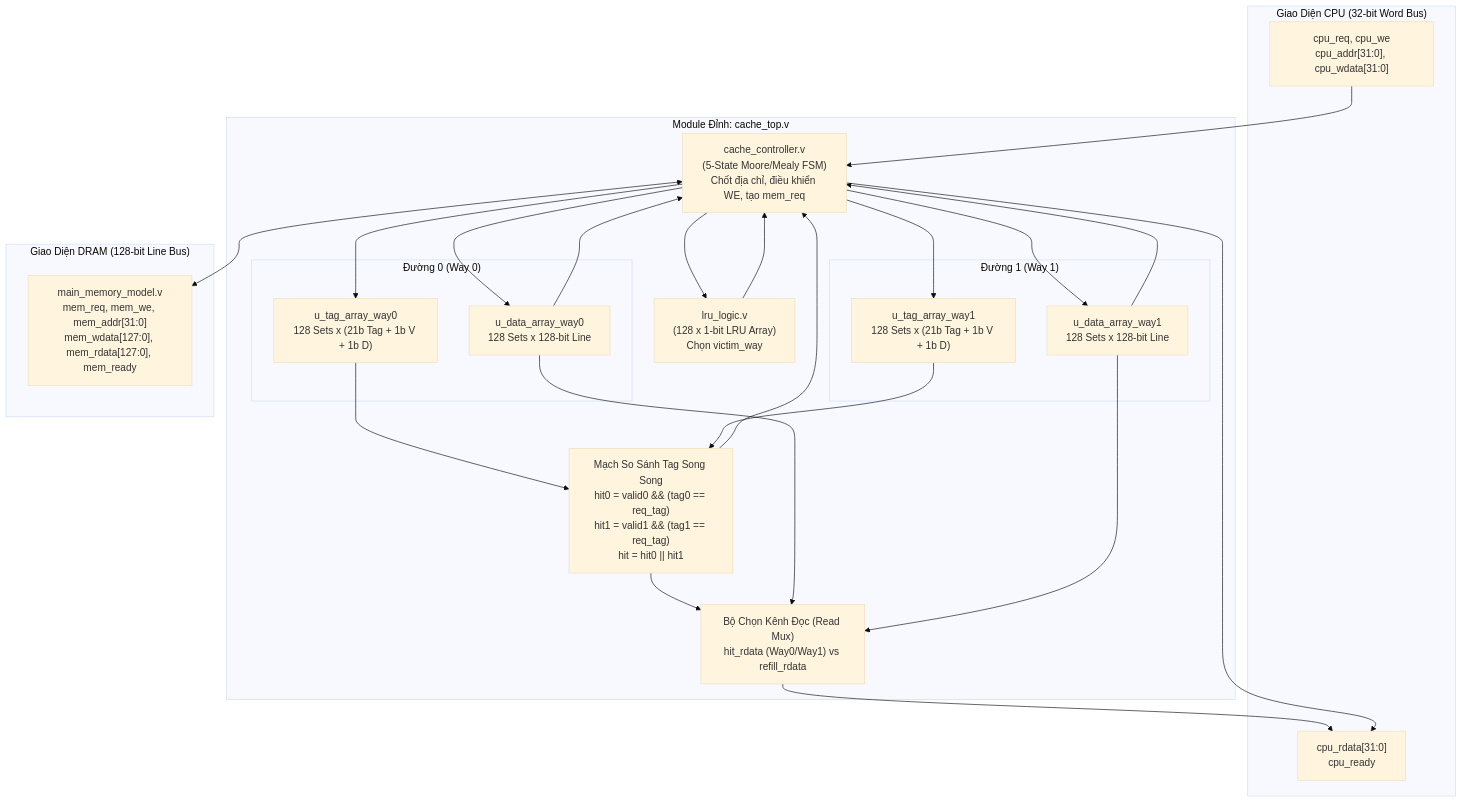
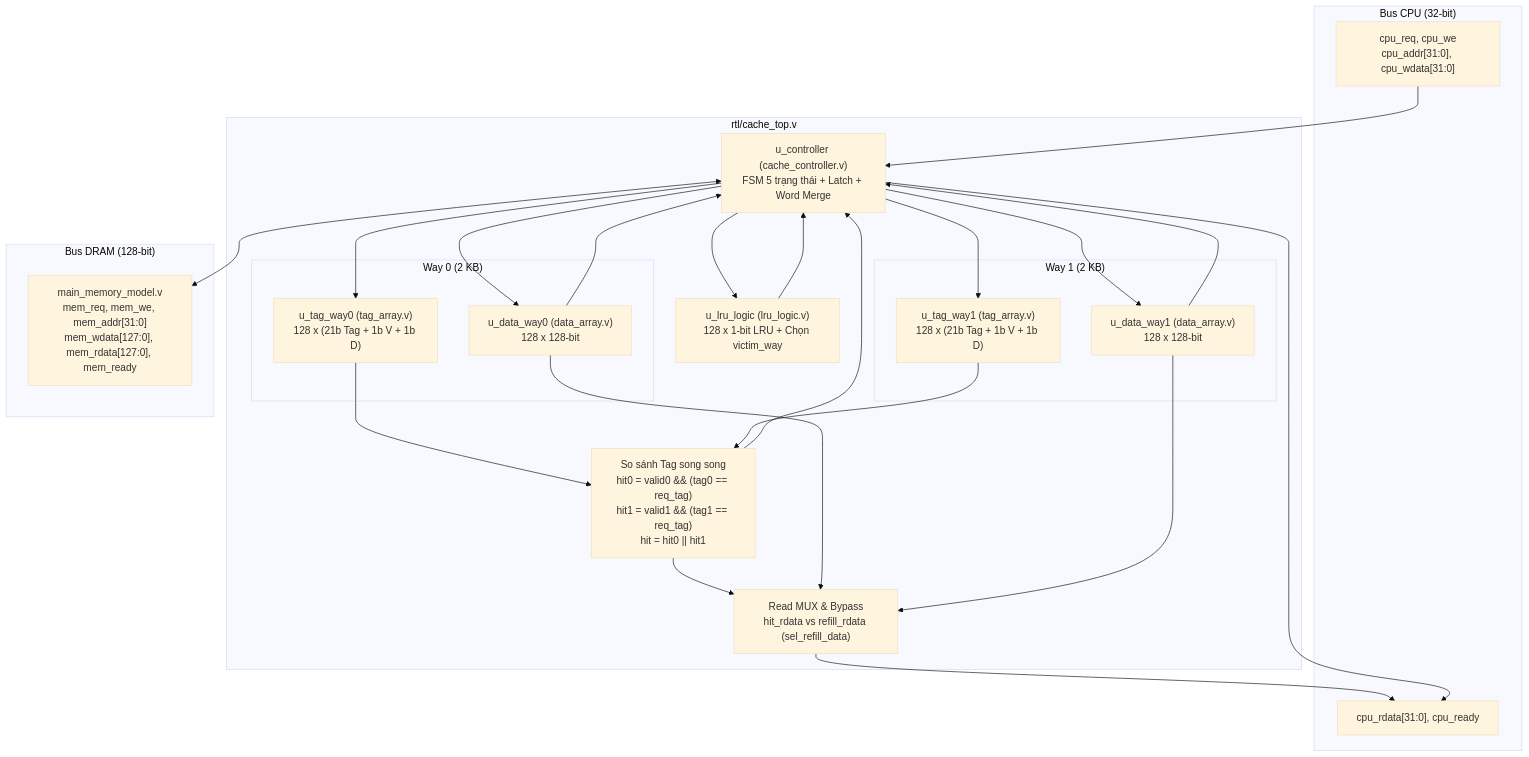
The first of 2 diagrams in docs/02_Thiet_Ke_Vi_Kien_Truc_RTL_va_FSM.md (lamquydo/project_KTMT), drawn with Mermaid (base theme) before and after one commit. The commit also changed other lines of this file and 13 other files, not shown here.

````diff
--- a/docs/02_Thiet_Ke_Vi_Kien_Truc_RTL_va_FSM.md
+++ b/docs/02_Thiet_Ke_Vi_Kien_Truc_RTL_va_FSM.md
@@ -23,40 +25,40 @@
 ```mermaid
 flowchart TB
-    subgraph CPU_IF ["Giao Diện CPU (32-bit Word Bus)"]
+    subgraph CPU_IF ["Bus CPU (32-bit)"]
         CPU_REQ["cpu_req, cpu_we\ncpu_addr[31:0], cpu_wdata[31:0]"]
-        CPU_RESP["cpu_rdata[31:0]\ncpu_ready"]
+        CPU_RESP["cpu_rdata[31:0], cpu_ready"]
     end
 
-    subgraph CACHE_TOP ["Module Đỉnh: cache_top.v"]
-        CTRL["cache_controller.v\n(5-State Moore/Mealy FSM)\nChốt địa chỉ, điều khiển WE, tạo mem_req"]
-        LRU["lru_logic.v\n(128 x 1-bit LRU Array)\nChọn victim_way"]
+    subgraph CACHE_TOP ["rtl/cache_top.v"]
+        CTRL["u_controller (cache_controller.v)\nFSM 5 trạng thái + Latch + Word Merge"]
+        LRU["u_lru_logic (lru_logic.v)\n128 x 1-bit LRU + Chọn victim_way"]
 
-        subgraph WAY0 ["Đường 0 (Way 0)"]
-            TAG0["u_tag_array_way0\n128 Sets x (21b Tag + 1b V + 1b D)"]
-            DATA0["u_data_array_way0\n128 Sets x 128-bit Line"]
+        subgraph WAY0 ["Way 0 (2 KB)"]
+            TAG0["u_tag_way0 (tag_array.v)\n128 x (21b Tag + 1b V + 1b D)"]
+            DATA0["u_data_way0 (data_array.v)\n128 x 128-bit"]
         end
 
-        subgraph WAY1 ["Đường 1 (Way 1)"]
-            TAG1["u_tag_array_way1\n128 Sets x (21b Tag + 1b V + 1b D)"]
-            DATA1["u_data_array_way1\n128 Sets x 128-bit Line"]
+        subgraph WAY1 ["Way 1 (2 KB)"]
+            TAG1["u_tag_way1 (tag_array.v)\n128 x (21b Tag + 1b V + 1b D)"]
+            DATA1["u_data_way1 (data_array.v)\n128 x 128-bit"]
         end
 
-        CMP["Mạch So Sánh Tag Song Song\nhit0 = valid0 && (tag0 == req_tag)\nhit1 = valid1 && (tag1 == req_tag)\nhit = hit0 || hit1"]
-        MUX["Bộ Chọn Kênh Đọc (Read Mux)\nhit_rdata (Way0/Way1) vs refill_rdata"]
+        CMP["So sánh Tag song song\nhit0 = valid0 && (tag0 == req_tag)\nhit1 = valid1 && (tag1 == req_tag)\nhit = hit0 || hit1"]
+        MUX["Read MUX & Bypass\nhit_rdata vs refill_rdata (sel_refill_data)"]
     end
 
-    subgraph MEM_IF ["Giao Diện DRAM (128-bit Line Bus)"]
+    subgraph MEM_IF ["Bus DRAM (128-bit)"]
         DRAM["main_memory_model.v\nmem_req, mem_we, mem_addr[31:0]\nmem_wdata[127:0], mem_rdata[127:0], mem_ready"]
     end
 
     CPU_REQ --> CTRL
     CTRL --> TAG0 & TAG1 & DATA0 & DATA1 & LRU
     TAG0 & TAG1 --> CMP
     CMP --> CTRL & MUX
     DATA0 & DATA1 --> MUX
     DATA0 & DATA1 --> CTRL
     LRU --> CTRL
     MUX --> CPU_RESP
     CTRL --> CPU_RESP
     CTRL <--> DRAM
 ```
````
